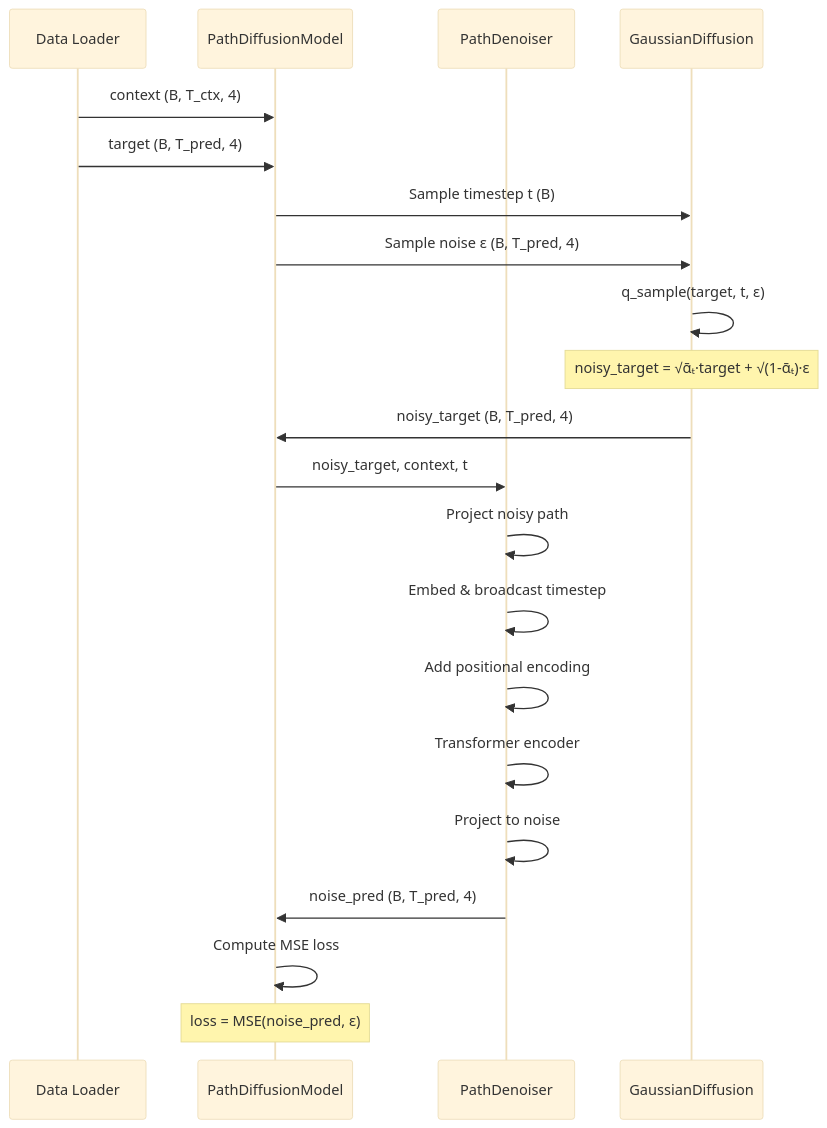
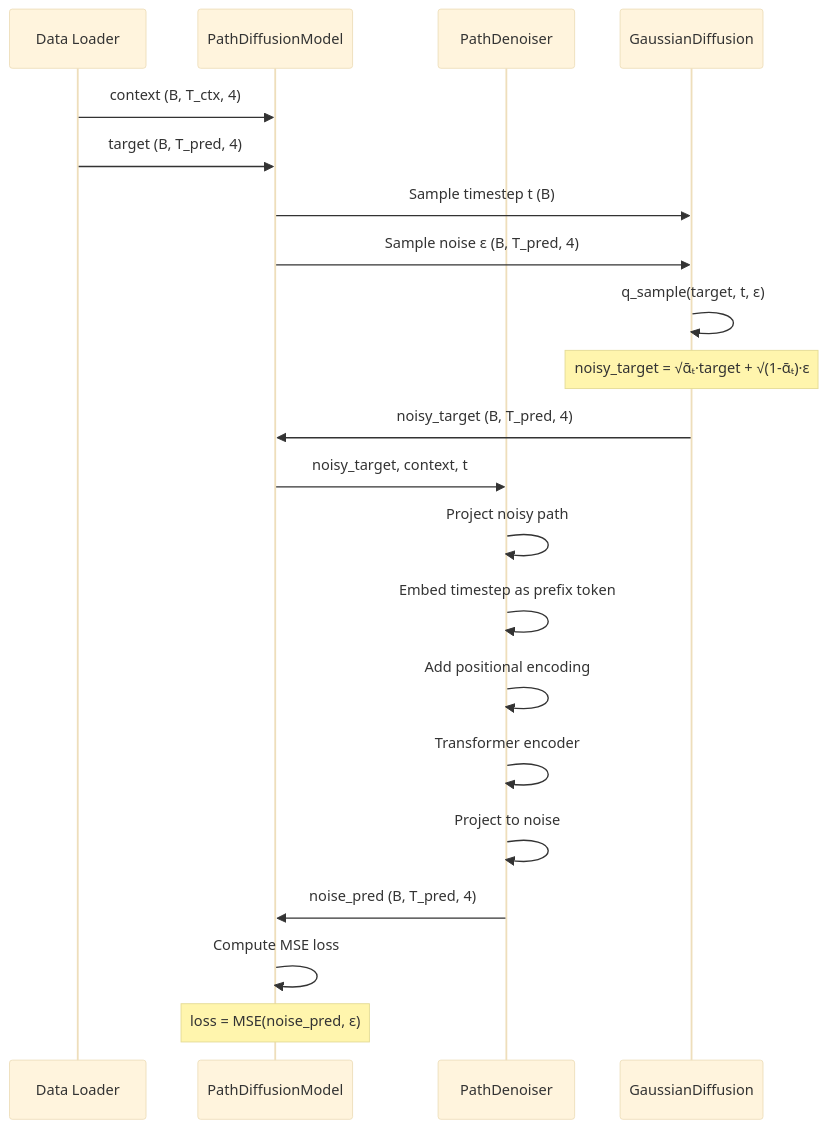
The second of 5 diagrams in model_diagram.md (AntonioMartini/tmp), drawn with Mermaid (base theme) before and after one commit. The commit also changed other lines of this file and 10 other files, not shown here.

````diff
--- a/model_diagram.md
+++ b/model_diagram.md
@@ -72,29 +72,29 @@
 ```mermaid
 sequenceDiagram
     participant Data as Data Loader
     participant Model as PathDiffusionModel
     participant Denoiser as PathDenoiser
     participant Diff as GaussianDiffusion
 
     Data->>Model: context (B, T_ctx, 4)
     Data->>Model: target (B, T_pred, 4)
     
     Model->>Diff: Sample timestep t (B)
     Model->>Diff: Sample noise ε (B, T_pred, 4)
     
     Diff->>Diff: q_sample(target, t, ε)
     Note over Diff: noisy_target = √ᾱₜ·target + √(1-ᾱₜ)·ε
     
     Diff->>Model: noisy_target (B, T_pred, 4)
     Model->>Denoiser: noisy_target, context, t
     
     Denoiser->>Denoiser: Project noisy path
-    Denoiser->>Denoiser: Embed & broadcast timestep
+    Denoiser->>Denoiser: Embed timestep as prefix token
     Denoiser->>Denoiser: Add positional encoding
     Denoiser->>Denoiser: Transformer encoder
     Denoiser->>Denoiser: Project to noise
     Denoiser->>Model: noise_pred (B, T_pred, 4)
     
     Model->>Model: Compute MSE loss
     Note over Model: loss = MSE(noise_pred, ε)
 ```
````
